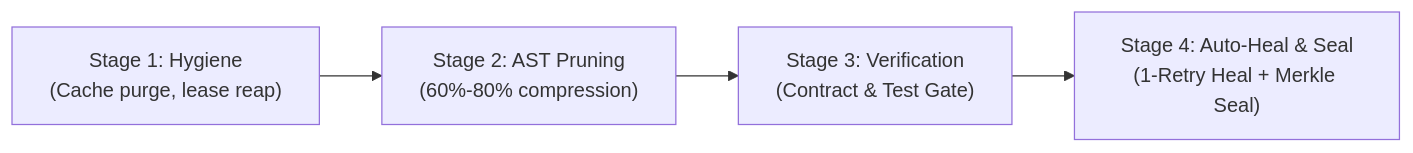
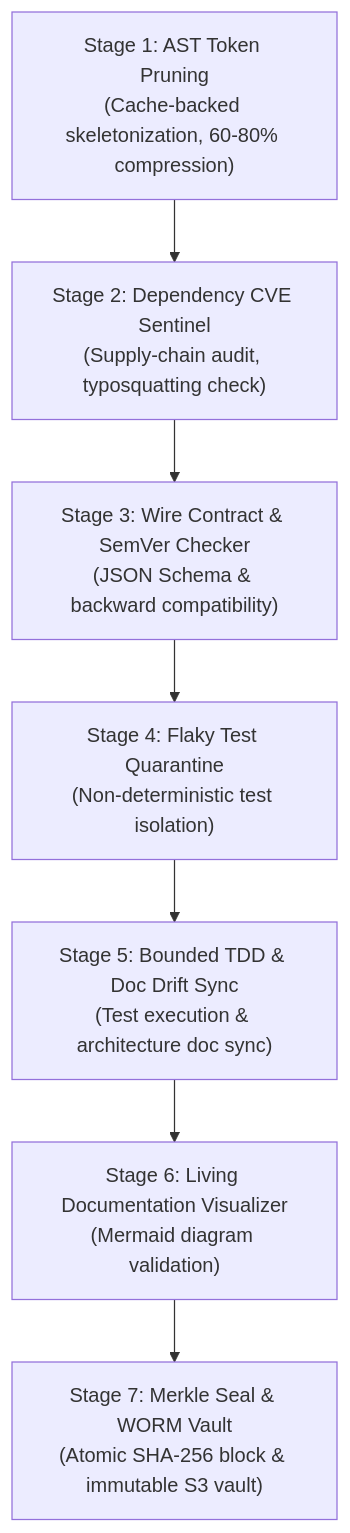
One commit to lakhwindersingh/nb_fairyfly changed the diagram in workplace/docs/guides/ci_gatekeeper.md. Above: the diagram before and after it, drawn with Mermaid. The commit also changed other lines of this file and 12 other files, not shown here.

````diff
--- a/workplace/docs/guides/ci_gatekeeper.md
+++ b/workplace/docs/guides/ci_gatekeeper.md
@@ -10,9 +11,12 @@
 ```mermaid
-flowchart LR
-  Hygiene["Stage 1: Hygiene<br/>(Cache purge, lease reap)"]
-  AST["Stage 2: AST Pruning<br/>(60%-80% compression)"]
-  Contract["Stage 3: Verification<br/>(Contract & Test Gate)"]
-  AutoHeal["Stage 4: Auto-Heal & Seal<br/>(1-Retry Heal + Merkle Seal)"]
+flowchart TD
+  S1["Stage 1: AST Token Pruning<br/>(Cache-backed skeletonization, 60-80% compression)"]
+  S2["Stage 2: Dependency CVE Sentinel<br/>(Supply-chain audit, typosquatting check)"]
+  S3["Stage 3: Wire Contract & SemVer Checker<br/>(JSON Schema & backward compatibility)"]
+  S4["Stage 4: Flaky Test Quarantine<br/>(Non-deterministic test isolation)"]
+  S5["Stage 5: Bounded TDD & Doc Drift Sync<br/>(Test execution & architecture doc sync)"]
+  S6["Stage 6: Living Documentation Visualizer<br/>(Mermaid diagram validation)"]
+  S7["Stage 7: Merkle Seal & WORM Vault<br/>(Atomic SHA-256 block & immutable S3 vault)"]
 
-  Hygiene --> AST --> Contract --> AutoHeal
+  S1 --> S2 --> S3 --> S4 --> S5 --> S6 --> S7
 ```
````
